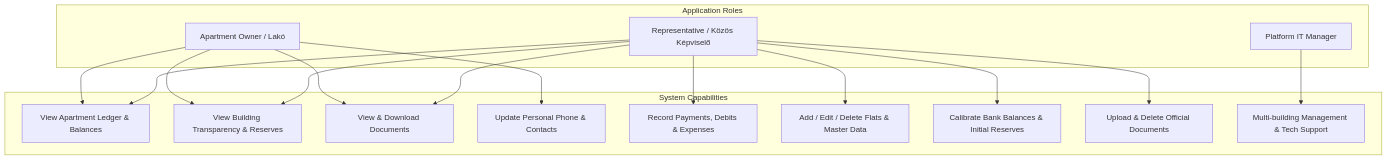
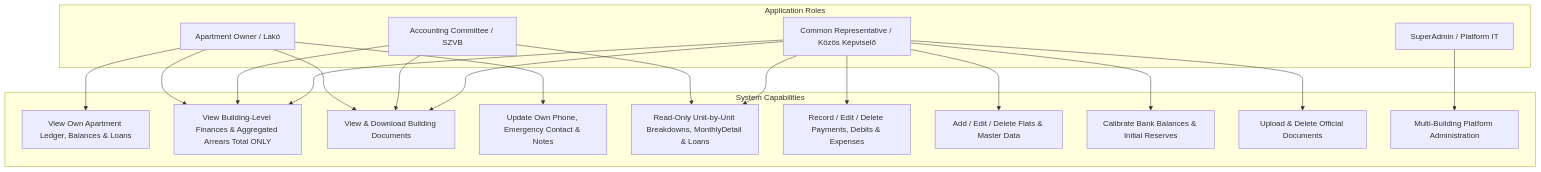
Before and after one commit to benedekbaltay-sketch/tarsasAPP: the diagram in docs/AUTH_AND_PERMISSIONS.md, drawn with Mermaid. The commit also changed other lines of this file and 76 other files, not shown here.

````diff
--- a/docs/AUTH_AND_PERMISSIONS.md
+++ b/docs/AUTH_AND_PERMISSIONS.md
@@ -11,35 +11,41 @@
 ```mermaid
 graph TD
     subgraph Roles [Application Roles]
-        Admin[Representative / Közös Képviselő]
+        SuperAdmin[SuperAdmin / Platform IT]
+        Admin[Common Representative / Közös Képviselő]
+        SZVB[Accounting Committee / SZVB]
         Owner[Apartment Owner / Lakó]
-        IT[Platform IT Manager]
     end
 
     subgraph Actions [System Capabilities]
-        ReadOwn[View Apartment Ledger & Balances]
-        Transp[View Building Transparency & Reserves]
-        DocsRead[View & Download Documents]
-        EditProfile[Update Personal Phone & Contacts]
-        ManageTx[Record Payments, Debits & Expenses]
+        ReadOwn[View Own Apartment Ledger, Balances & Loans]
+        ReadAgg[View Building-Level Finances & Aggregated Arrears Total ONLY]
+        DocsRead[View & Download Building Documents]
+        EditProfile[Update Own Phone, Emergency Contact & Notes]
+        ReadAllUnits[Read-Only Unit-by-Unit Breakdowns, MonthlyDetail & Loans]
+        ManageTx[Record / Edit / Delete Payments, Debits & Expenses]
         ManageFlats[Add / Edit / Delete Flats & Master Data]
         ManageReserves[Calibrate Bank Balances & Initial Reserves]
         ManageDocs[Upload & Delete Official Documents]
-        PlatformAdmin[Multi-building Management & Tech Support]
+        PlatformAdmin[Multi-Building Platform Administration]
     end
 
     Owner --> ReadOwn
-    Owner --> Transp
+    Owner --> ReadAgg
     Owner --> DocsRead
     Owner --> EditProfile
 
-    Admin --> ReadOwn
-    Admin --> Transp
+    SZVB --> ReadAllUnits
+    SZVB --> ReadAgg
+    SZVB --> DocsRead
+
+    Admin --> ReadAllUnits
+    Admin --> ReadAgg
     Admin --> DocsRead
     Admin --> ManageTx
     Admin --> ManageFlats
     Admin --> ManageReserves
     Admin --> ManageDocs
 
-    IT --> PlatformAdmin
+    SuperAdmin --> PlatformAdmin
 ```
````
